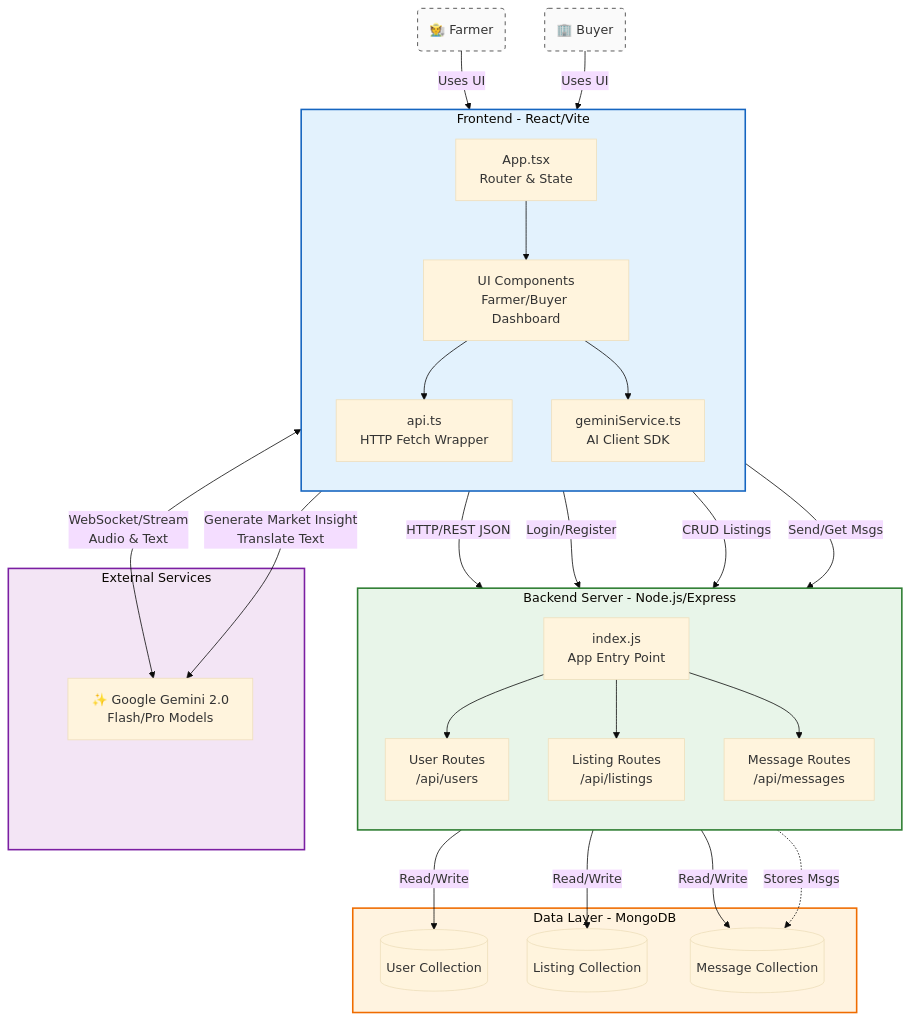
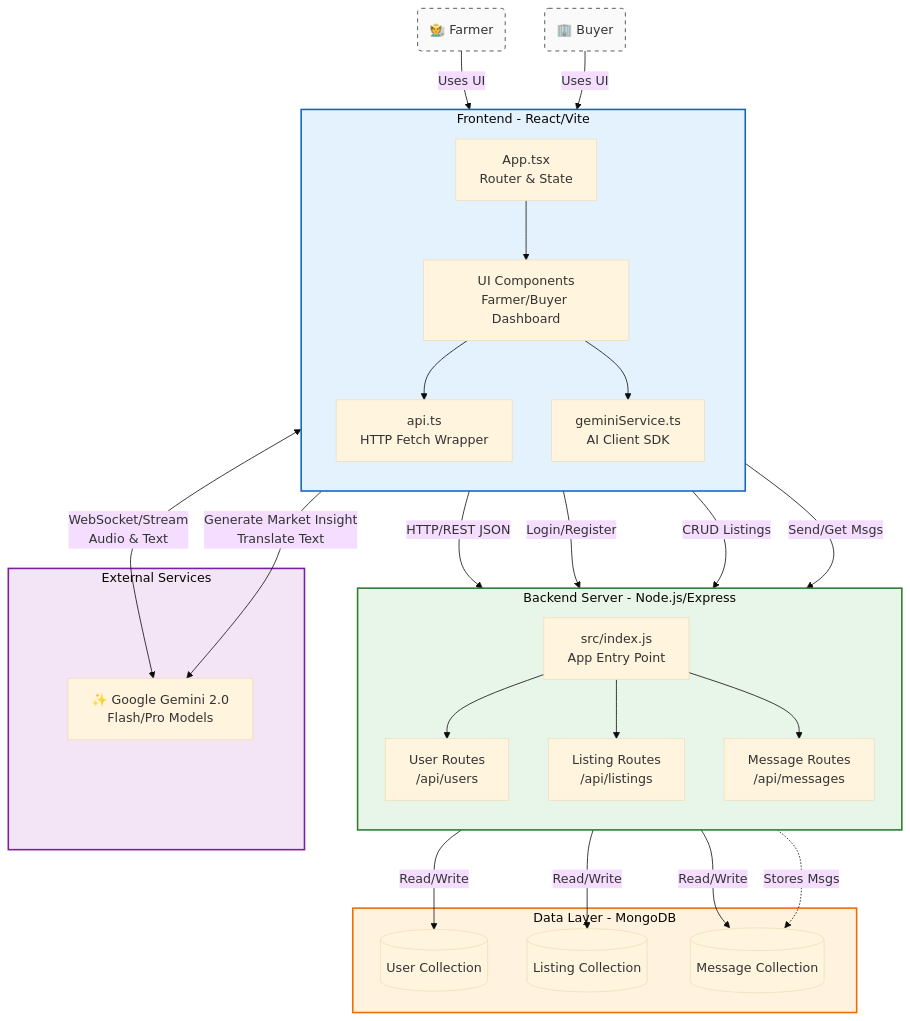
Before and after one commit to ANTHELIS/PROMPT-CHALLENGE: the diagram in README.md, drawn with Mermaid (base theme). The commit also changed other lines of this file and 37 other files, not shown here.

````diff
--- a/README.md
+++ b/README.md
@@ -111,75 +117,75 @@
 ```mermaid
 graph TD
     %% Styling
     classDef client fill:#e3f2fd,stroke:#1565c0,stroke-width:2px;
     classDef server fill:#e8f5e9,stroke:#2e7d32,stroke-width:2px;
     classDef db fill:#fff3e0,stroke:#ef6c00,stroke-width:2px;
     classDef external fill:#f3e5f5,stroke:#7b1fa2,stroke-width:2px;
     classDef actor fill:#fafafa,stroke:#333,stroke-width:1px,stroke-dasharray: 5 5;
 
     %% Actors
     Farmer(🧑‍🌾 Farmer)
     Buyer(🏢 Buyer)
 
     subgraph Client [Frontend - React/Vite]
         direction TB
         App[App.tsx<br/>Router & State]
         UI[UI Components<br/>Farmer/Buyer Dashboard]
         API_Client[api.ts<br/>HTTP Fetch Wrapper]
         Gemini_Service[geminiService.ts<br/>AI Client SDK]
         
         App --> UI
         UI --> API_Client
         UI --> Gemini_Service
     end
 
     subgraph Backend [Backend Server - Node.js/Express]
         direction TB
-        Server_Entry[index.js<br/>App Entry Point]
+        Server_Entry[src/index.js<br/>App Entry Point]
         Auth_Route[User Routes<br/>/api/users]
         Listing_Route[Listing Routes<br/>/api/listings]
         Message_Route[Message Routes<br/>/api/messages]
         
         Server_Entry --> Auth_Route
         Server_Entry --> Listing_Route
         Server_Entry --> Message_Route
     end
 
     subgraph Database [Data Layer - MongoDB]
         Mongo_Users[(User Collection)]
         Mongo_Listings[(Listing Collection)]
         Mongo_Messages[(Message Collection)]
     end
 
     subgraph External [External Services]
         Google_AI[✨ Google Gemini 2.0<br/>Flash/Pro Models]
     end
 
     %% Interactions
     Farmer -->|Uses UI| Client
     Buyer -->|Uses UI| Client
 
     %% Client to Backend
     API_Client -->|HTTP/REST JSON| Server_Entry
     API_Client -->|Login/Register| Auth_Route
     API_Client -->|CRUD Listings| Listing_Route
     API_Client -->|Send/Get Msgs| Message_Route
 
     %% Client to AI (Direct)
     Gemini_Service <-->|WebSocket/Stream<br/>Audio & Text| Google_AI
     Gemini_Service -->|Generate Market Insight<br/>Translate Text| Google_AI
 
     %% Backend to Database
     Auth_Route -->|Read/Write| Mongo_Users
     Listing_Route -->|Read/Write| Mongo_Listings
     Message_Route -->|Read/Write| Mongo_Messages
 
     %% Message Flow context
     Message_Route -.->|Stores Msgs| Mongo_Messages
     
     class Client client;
     class Backend server;
     class Database db;
     class External external;
     class Farmer,Buyer actor;
 ```
````
